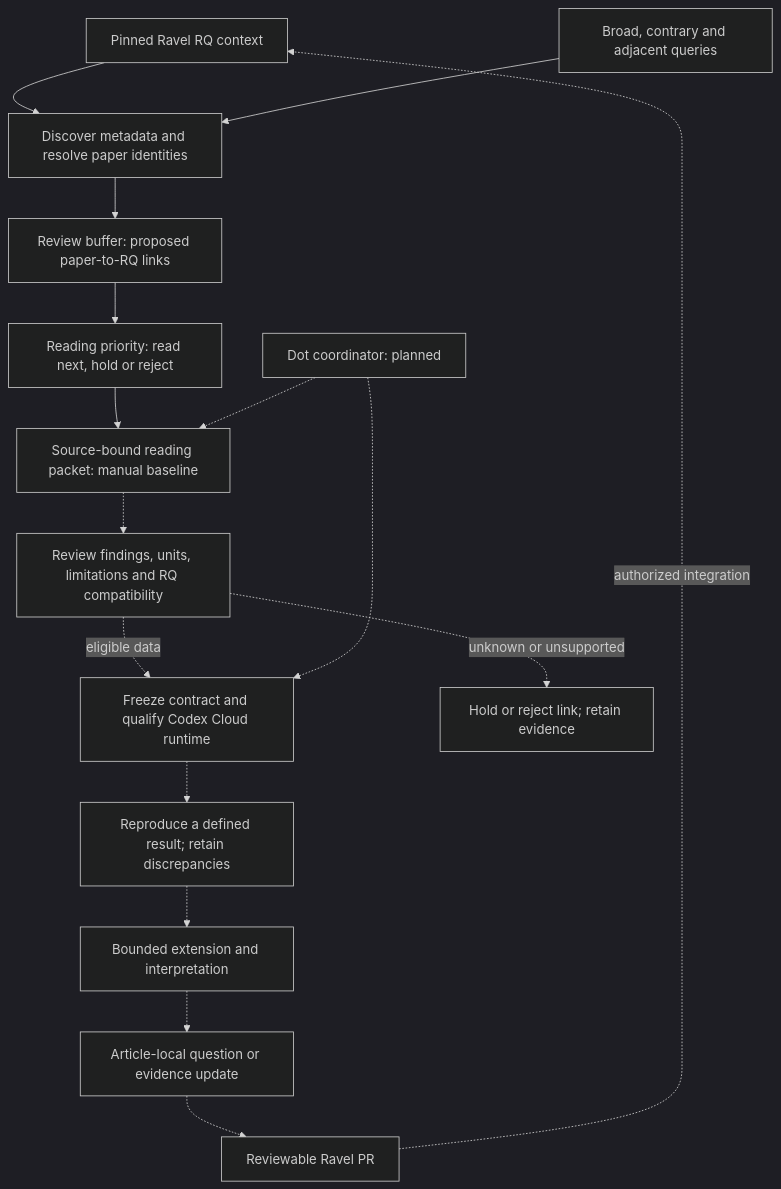
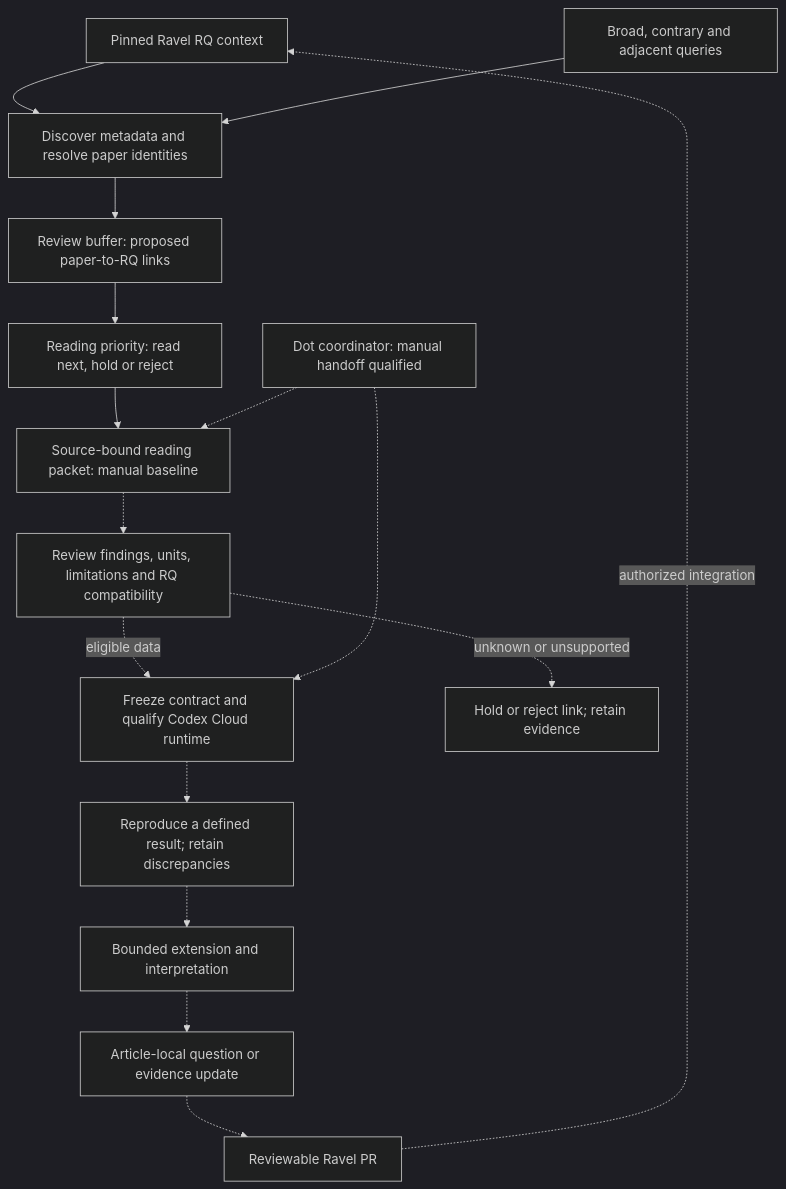
The diagram in README.md (xorca0711/weft), drawn with Mermaid (dark theme) before and after one commit. The commit also changed other lines of this file and 10 other files, not shown here.

````diff
--- a/README.md
+++ b/README.md
@@ -37,18 +39,18 @@
 ```mermaid
 flowchart TD
     R["Pinned Ravel RQ context"] --> D["Discover metadata and resolve paper identities"]
     Q["Broad, contrary and adjacent queries"] --> D
     D --> B["Review buffer: proposed paper-to-RQ links"]
     B --> T["Reading priority: read next, hold or reject"]
     T --> P["Source-bound reading packet: manual baseline"]
-    O["Dot coordinator: planned"] -.-> P
+    O["Dot coordinator: manual handoff qualified"] -.-> P
     P -.-> V["Review findings, units, limitations and RQ compatibility"]
     V -.->|eligible data| C["Freeze contract and qualify Codex Cloud runtime"]
     O -.-> C
     V -.->|unknown or unsupported| H["Hold or reject link; retain evidence"]
     C -.-> A["Reproduce a defined result; retain discrepancies"]
     A -.-> E["Bounded extension and interpretation"]
     E -.-> N["Article-local question or evidence update"]
     N -.-> X["Reviewable Ravel PR"]
     X -.->|authorized integration| R
 ```
````
